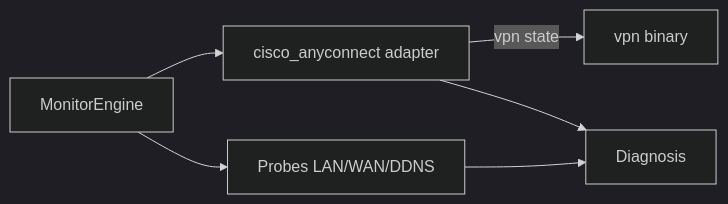
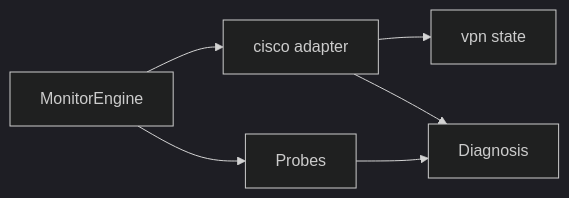
The fourth of 4 diagrams in docs/vpn-solutions/cisco-anyconnect.md (roto31/Tunnel-Monitor---Universal), drawn with Mermaid (dark theme) before and after one commit. The commit also changed other lines of this file and 22 other files, not shown here.

````diff
--- a/docs/vpn-solutions/cisco-anyconnect.md
+++ b/docs/vpn-solutions/cisco-anyconnect.md
@@ -73,8 +54,8 @@
 ```mermaid
 flowchart LR
-    E[MonitorEngine] --> A[cisco_anyconnect adapter]
-    A -->|vpn state| CLI[vpn binary]
-    E --> P[Probes LAN/WAN/DDNS]
+    E[MonitorEngine] --> A[cisco adapter]
+    A --> CLI[vpn state]
+    E --> P[Probes]
     A --> D[Diagnosis]
     P --> D
 ```
````
